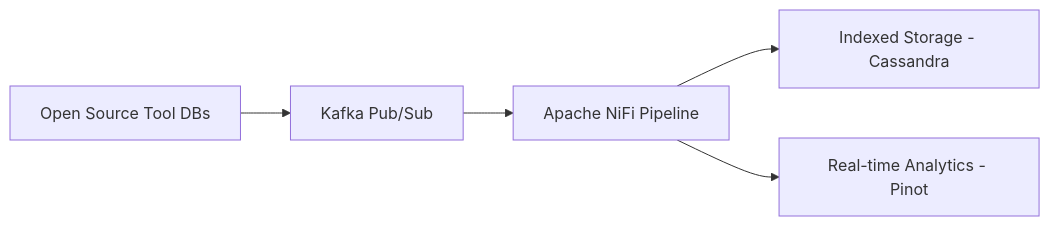
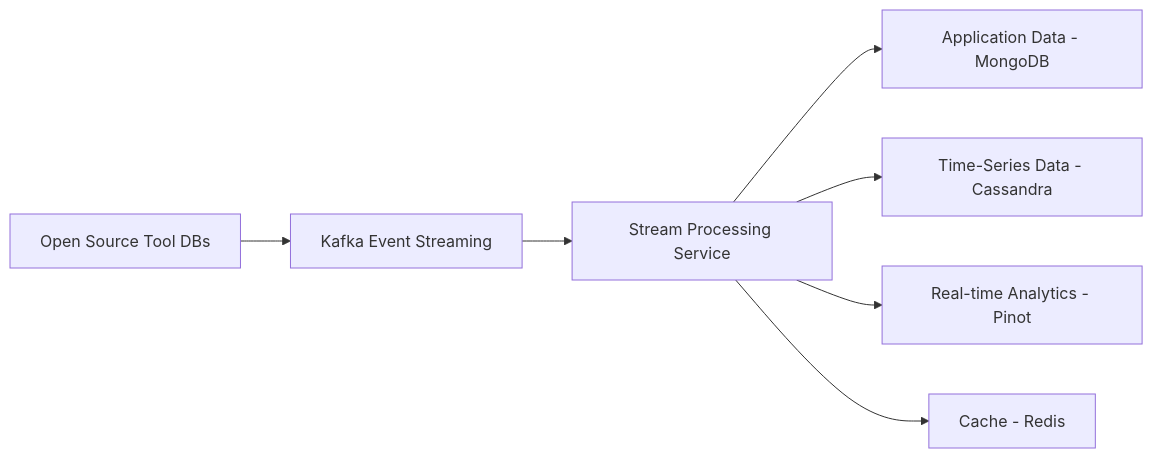
The fourth of 7 diagrams in docs/README.md (flamingo-stack/openframe-oss-tenant), drawn with Mermaid before and after one commit. The commit also changed other lines of this file and 7 other files, not shown here.

First line of the commit message:
Update architecture diagrams and remove outdated NiFi references

````diff
--- a/docs/README.md
+++ b/docs/README.md
@@ -83,7 +85,9 @@
 ```mermaid
 graph LR
-    ToolDBs[Open Source Tool DBs] --> Kafka[Kafka Pub/Sub]
-    Kafka --> NiFi[Apache NiFi Pipeline]
-    NiFi --> Cassandra[Indexed Storage - Cassandra]
-    NiFi --> Pinot[Real-time Analytics - Pinot]
+    ToolDBs[Open Source Tool DBs] --> Kafka[Kafka Event Streaming]
+    Kafka --> Stream[Stream Processing Service]
+    Stream --> MongoDB[Application Data - MongoDB]
+    Stream --> Cassandra[Time-Series Data - Cassandra]
+    Stream --> Pinot[Real-time Analytics - Pinot]
+    Stream --> Redis[Cache - Redis]
 ```
````
